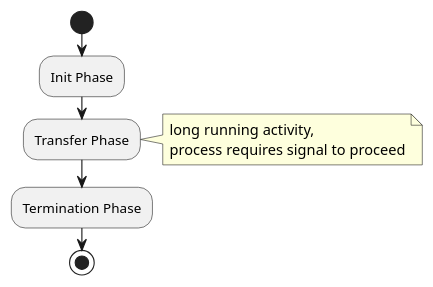
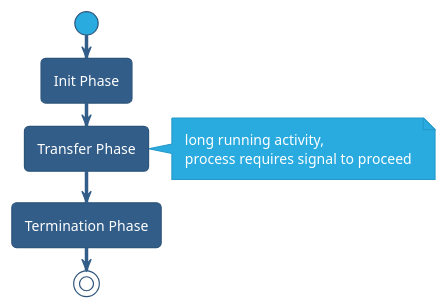
The first of 5 diagrams in media/catmd.md (jimcornmell/dotfiles), drawn with PlantUML before and after one commit. The commit also changed other lines of this file and 3 other files, not shown here.

Commit message:
catmd improvements plantuml, checkboxes etc.

````diff
--- a/media/catmd.md
+++ b/media/catmd.md
@@ -27,13 +32,14 @@
 ```plantuml
 @startuml
+!theme sandstone
 start
 :Init Phase;
 :Transfer Phase;
 note right
   long running activity,
   process requires signal to proceed
 end note
 :Termination Phase;
 stop
 @enduml
 ```
````
